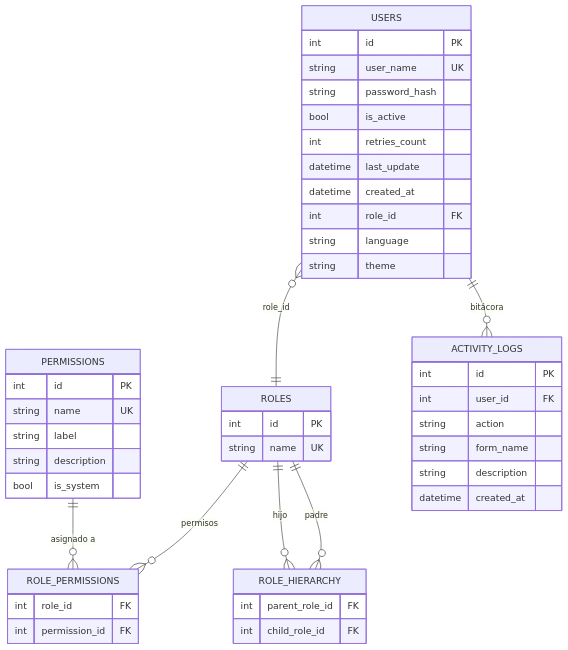
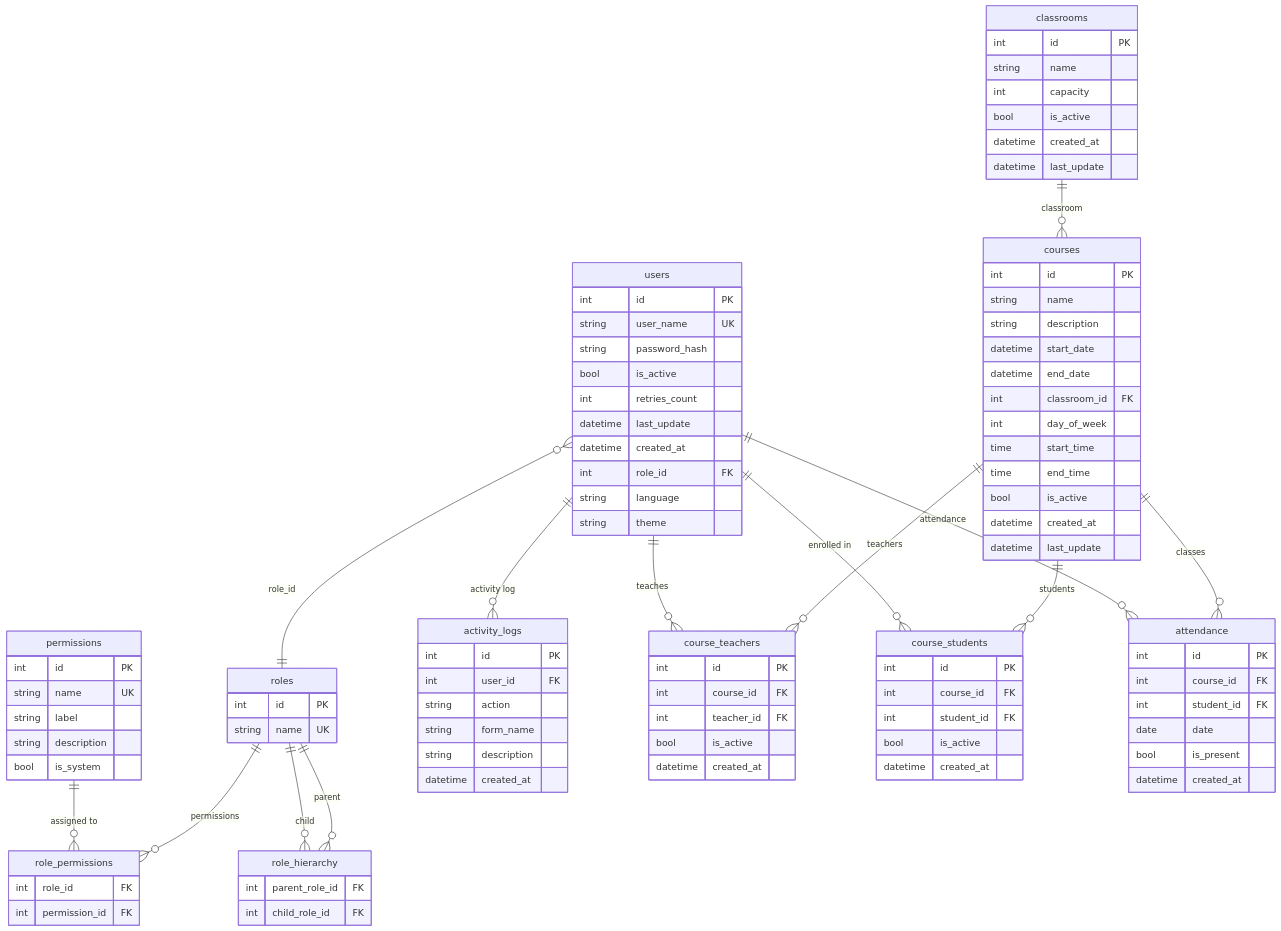
The diagram in docs/mermaid-live/er.mmd (DarioZubaray/Proyecto-Final), drawn with Mermaid before and after one commit. The commit also changed 26 other files, not shown here.

Commit message:
updating diagrams

```diff
--- a/docs/mermaid-live/er.mmd
+++ b/docs/mermaid-live/er.mmd
@@ -1,47 +1,98 @@
 erDiagram
-    USERS {
+    roles {
+        int id PK
+        string name UK
+    }
+    permissions {
+        int id PK
+        string name UK
+        string label
+        string description
+        bool is_system
+    }
+    role_permissions {
+        int role_id FK
+        int permission_id FK
+    }
+    role_hierarchy {
+        int parent_role_id FK
+        int child_role_id FK
+    }
+    users {
         int id PK
         string user_name UK
         string password_hash
         bool is_active
         int retries_count
         datetime last_update
         datetime created_at
         int role_id FK
         string language
         string theme
     }
-    ROLES {
-        int id PK
-        string name UK
-    }
-    PERMISSIONS {
-        int id PK
-        string name UK
-        string label
-        string description
-        bool is_system
-    }
-    ROLE_PERMISSIONS {
-        int role_id FK
-        int permission_id FK
-    }
-    ROLE_HIERARCHY {
-        int parent_role_id FK
-        int child_role_id FK
-    }
-    ACTIVITY_LOGS {
+    activity_logs {
         int id PK
         int user_id FK
         string action
         string form_name
         string description
         datetime created_at
     }
+    classrooms {
+        int id PK
+        string name
+        int capacity
+        bool is_active
+        datetime created_at
+        datetime last_update
+    }
+    courses {
+        int id PK
+        string name
+        string description
+        datetime start_date
+        datetime end_date
+        int classroom_id FK
+        int day_of_week
+        time start_time
+        time end_time
+        bool is_active
+        datetime created_at
+        datetime last_update
+    }
+    course_teachers {
+        int id PK
+        int course_id FK
+        int teacher_id FK
+        bool is_active
+        datetime created_at
+    }
+    course_students {
+        int id PK
+        int course_id FK
+        int student_id FK
+        bool is_active
+        datetime created_at
+    }
+    attendance {
+        int id PK
+        int course_id FK
+        int student_id FK
+        date date
+        bool is_present
+        datetime created_at
+    }
 
-    USERS }o--|| ROLES : "role_id"
-    ROLES ||--o{ ROLE_PERMISSIONS : "permisos"
-    PERMISSIONS ||--o{ ROLE_PERMISSIONS : "asignado a"
-    ROLES ||--o{ ROLE_HIERARCHY : "padre"
-    ROLES ||--o{ ROLE_HIERARCHY : "hijo"
-    USERS ||--o{ ACTIVITY_LOGS : "bitácora"
+    users }o--|| roles : "role_id"
+    roles ||--o{ role_permissions : "permissions"
+    permissions ||--o{ role_permissions : "assigned to"
+    roles ||--o{ role_hierarchy : "parent"
+    roles ||--o{ role_hierarchy : "child"
+    users ||--o{ activity_logs : "activity log"
+    classrooms ||--o{ courses : "classroom"
+    courses ||--o{ course_teachers : "teachers"
+    users ||--o{ course_teachers : "teaches"
+    courses ||--o{ course_students : "students"
+    users ||--o{ course_students : "enrolled in"
+    courses ||--o{ attendance : "classes"
+    users ||--o{ attendance : "attendance"
```
